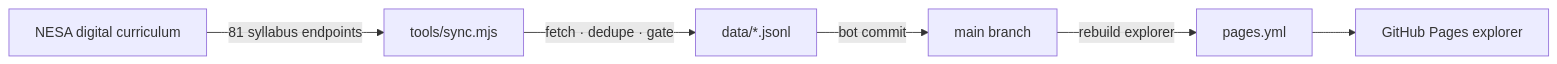
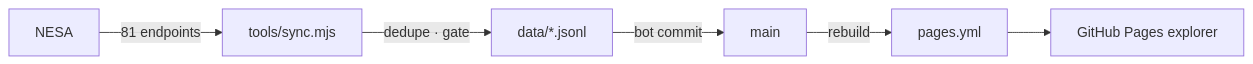
One commit to MaksimZinovev/curriculum-learning-outcomes-au changed the diagram in README.md. Above: the diagram before and after it, drawn with Mermaid. The commit also changed other lines of this file, not shown here.

````diff
--- a/README.md
+++ b/README.md
@@ -109,8 +57,8 @@
 ```mermaid
 flowchart LR
-    N["NESA digital curriculum"] -->|"81 syllabus endpoints"| S["tools/sync.mjs"]
-    S -->|"fetch · dedupe · gate"| D["data/*.jsonl"]
-    D -->|"bot commit"| M["main branch"]
-    M -->|"rebuild explorer"| P["pages.yml"]
+    N["NESA"] -->|"81 endpoints"| S["tools/sync.mjs"]
+    S -->|"dedupe · gate"| D["data/*.jsonl"]
+    D -->|"bot commit"| M["main"]
+    M -->|"rebuild"| P["pages.yml"]
     P --> H["GitHub Pages explorer"]
 ```
````
